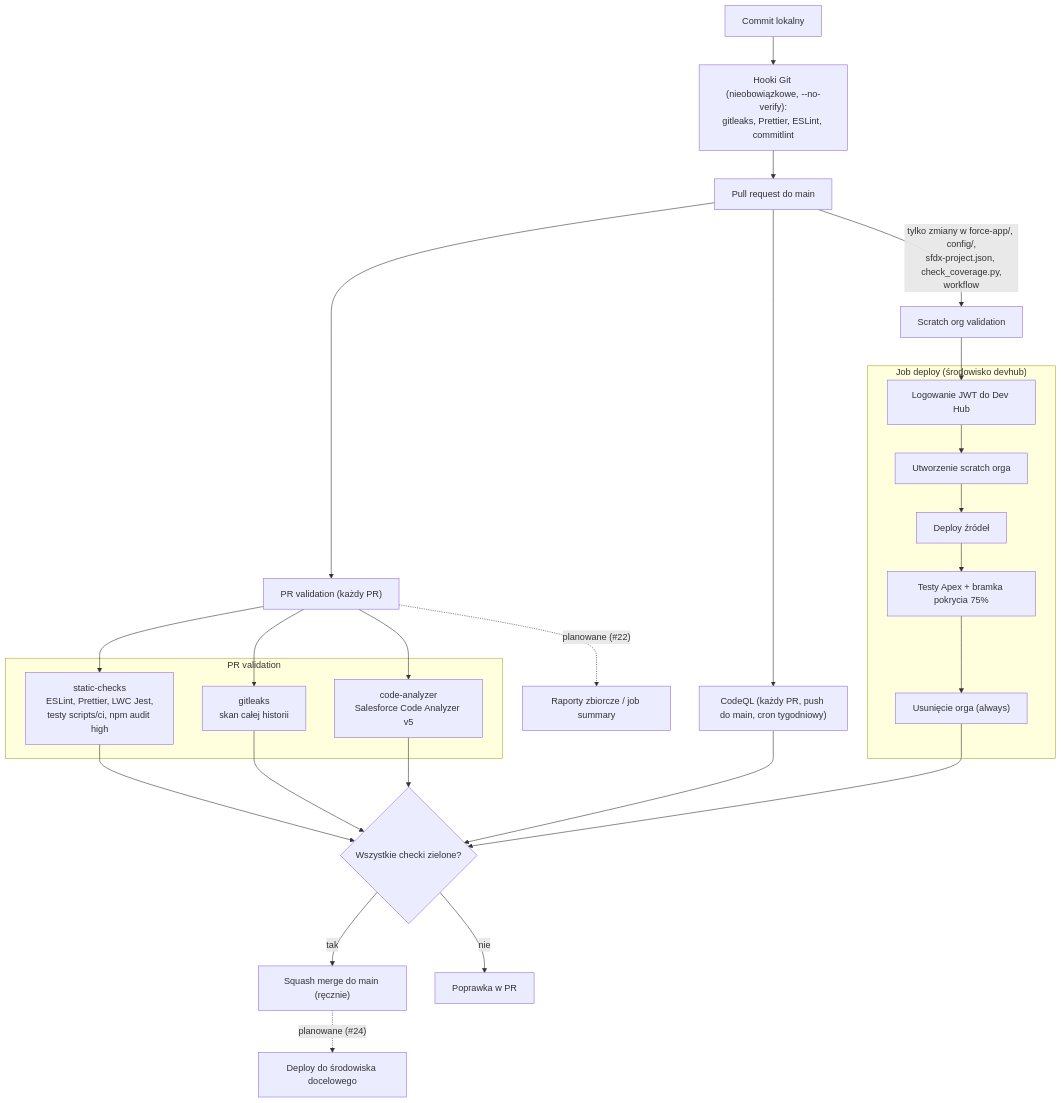
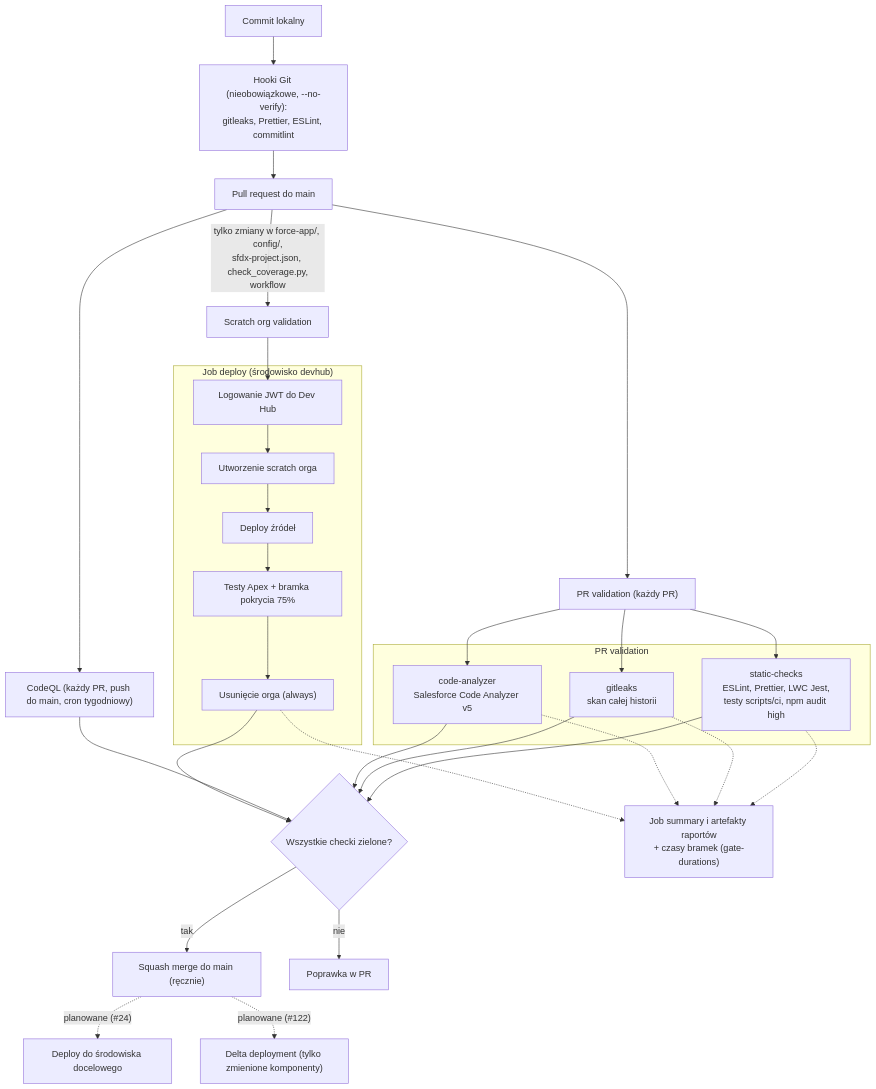
One commit to Yibux/insurance-app changed the diagram in docs/architektura/potok-cicd.md. Above: the diagram before and after it, drawn with Mermaid. The commit also changed other lines of this file and 1 other file, not shown here.

Commit message:
docs(ci): update pipeline doc for reports and gate durations (#123)

````diff
--- a/docs/architektura/potok-cicd.md
+++ b/docs/architektura/potok-cicd.md
@@ -9,37 +9,41 @@
 ```mermaid
 flowchart TD
     DEV["Commit lokalny"] --> HOOKS["Hooki Git (nieobowiązkowe, --no-verify):<br/>gitleaks, Prettier, ESLint, commitlint"]
     HOOKS --> PR["Pull request do main"]
 
     PR --> PV["PR validation (każdy PR)"]
     PR --> CQ["CodeQL (każdy PR, push do main, cron tygodniowy)"]
     PR -->|"tylko zmiany w force-app/, config/,<br/>sfdx-project.json, check_coverage.py,<br/>workflow"| SO["Scratch org validation"]
 
     subgraph PV_JOBS["PR validation"]
         SC["static-checks<br/>ESLint, Prettier, LWC Jest,<br/>testy scripts/ci, npm audit high"]
         GL["gitleaks<br/>skan całej historii"]
         CA["code-analyzer<br/>Salesforce Code Analyzer v5"]
     end
     PV --> SC
     PV --> GL
     PV --> CA
 
     subgraph SO_JOBS["Job deploy (środowisko devhub)"]
         A1["Logowanie JWT do Dev Hub"] --> A2["Utworzenie scratch orga"]
         A2 --> A3["Deploy źródeł"]
         A3 --> A4["Testy Apex + bramka pokrycia 75%"]
         A4 --> A5["Usunięcie orga (always)"]
     end
     SO --> A1
 
     SC --> GATE{"Wszystkie checki zielone?"}
     GL --> GATE
     CA --> GATE
     CQ --> GATE
     A5 --> GATE
     GATE -->|"tak"| MERGE["Squash merge do main (ręcznie)"]
     GATE -->|"nie"| FIX["Poprawka w PR"]
 
     MERGE -.->|"planowane (#24)"| DEPLOY["Deploy do środowiska docelowego"]
-    PV -.->|"planowane (#22)"| REP["Raporty zbiorcze / job summary"]
+    SC -.-> REP["Job summary i artefakty raportów<br/>+ czasy bramek (gate-durations)"]
+    GL -.-> REP
+    CA -.-> REP
+    A5 -.-> REP
+    MERGE -.->|"planowane (#122)"| DELTA["Delta deployment (tylko zmienione komponenty)"]
 ```
````
